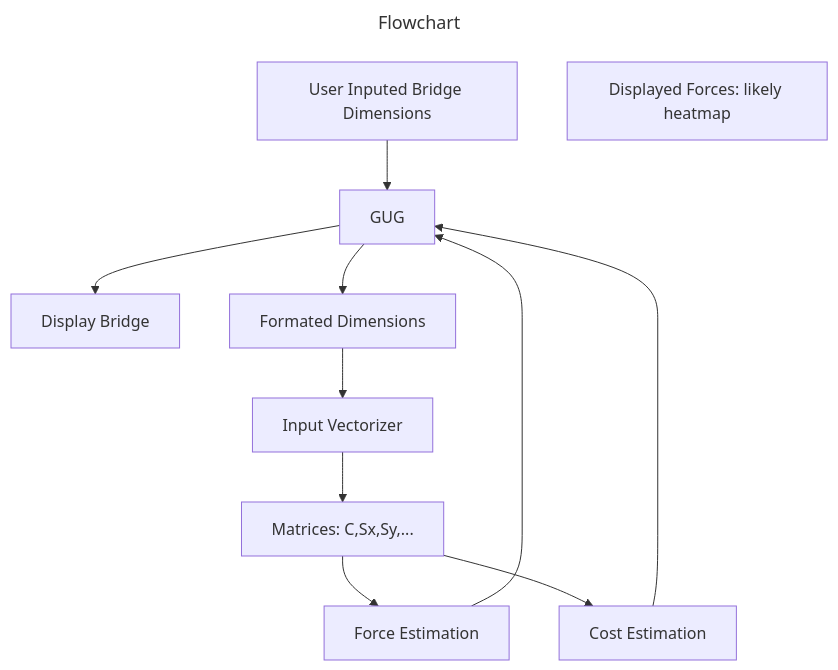
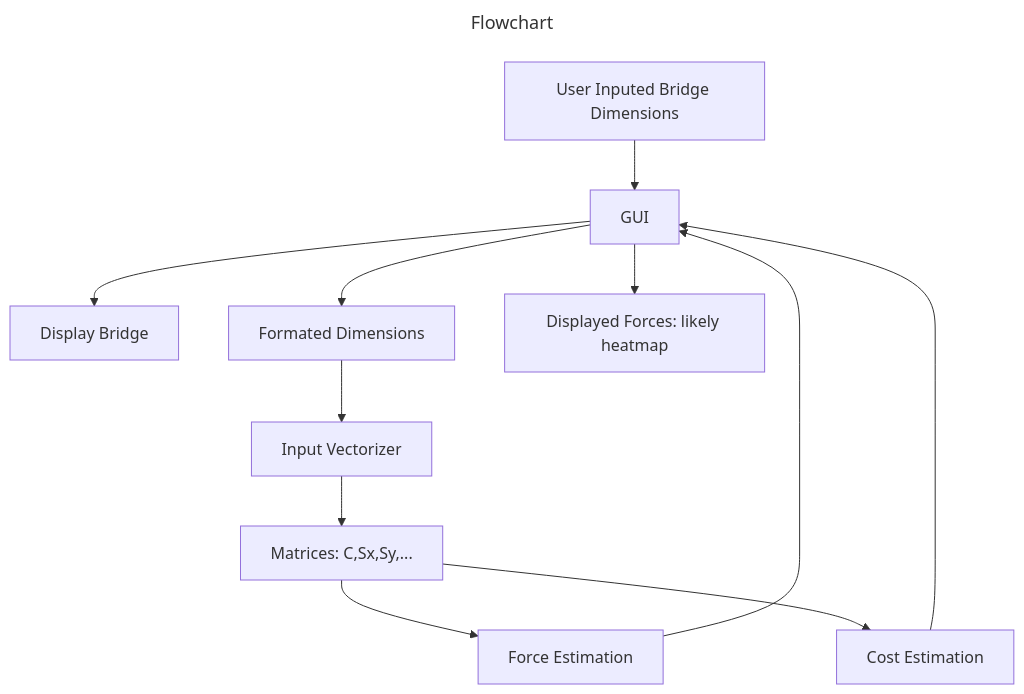
One commit to jesseAMRamos/Bridge_Sim_Engine changed the diagram in README.md. Above: the diagram before and after it, drawn with Mermaid.

Commit message:
Fix typo in GUI label in README

````diff
--- a/README.md
+++ b/README.md
@@ -4,26 +4,27 @@
 ```mermaid
 ---
 title: Flowchart
 ---
 flowchart TD
 manualIn["User Inputed Bridge Dimensions"]
 display["Display Bridge"]
-GUI["GUG"]
+GUI["GUI"]
 FDIMS["Formated Dimensions"]
 IV["Input Vectorizer"]
 M["Matrices: C,Sx,Sy,..."]
 FE["Force Estimation"]
 CE["Cost Estimation"]
 FORCE["Displayed Forces: likely heatmap"]
 
 manualIn --> GUI
 GUI --> display
 GUI --> FDIMS
+GUI --> FORCE
 FDIMS --> IV
 IV --> M
 M --> FE
 M --> CE
 FE --> GUI
 CE --> GUI
 
 ```
````
